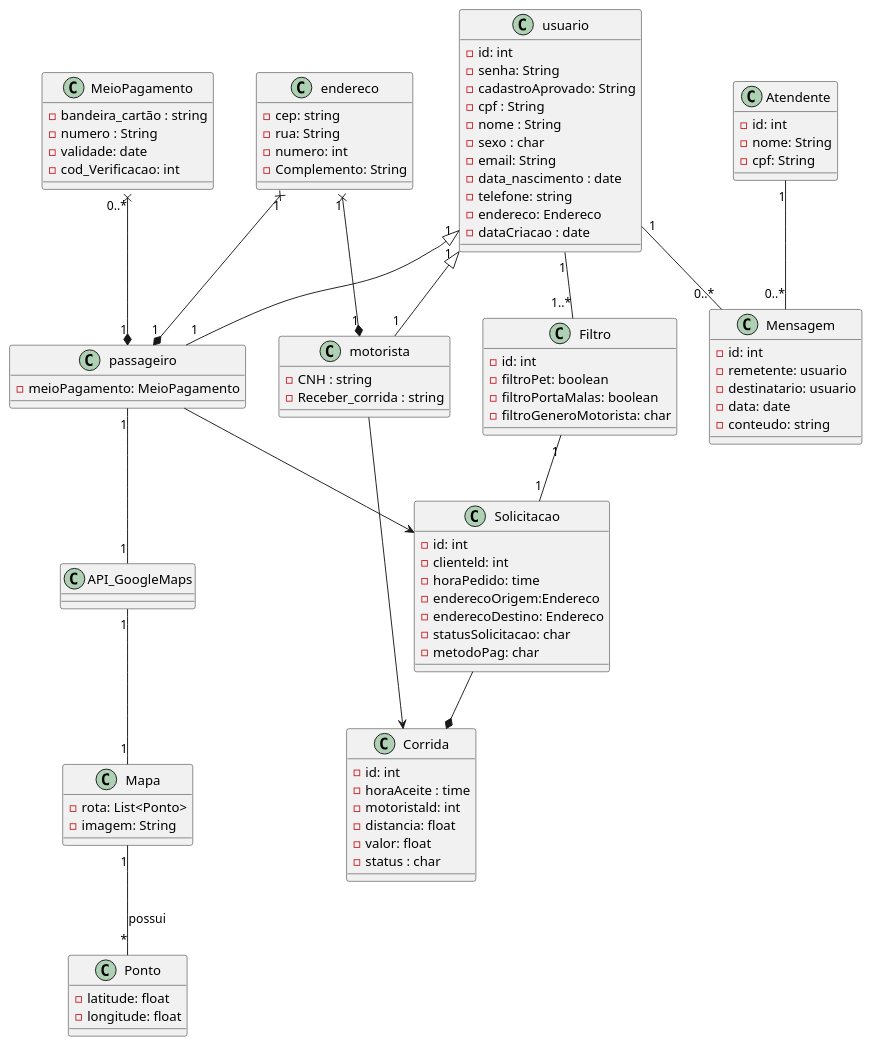
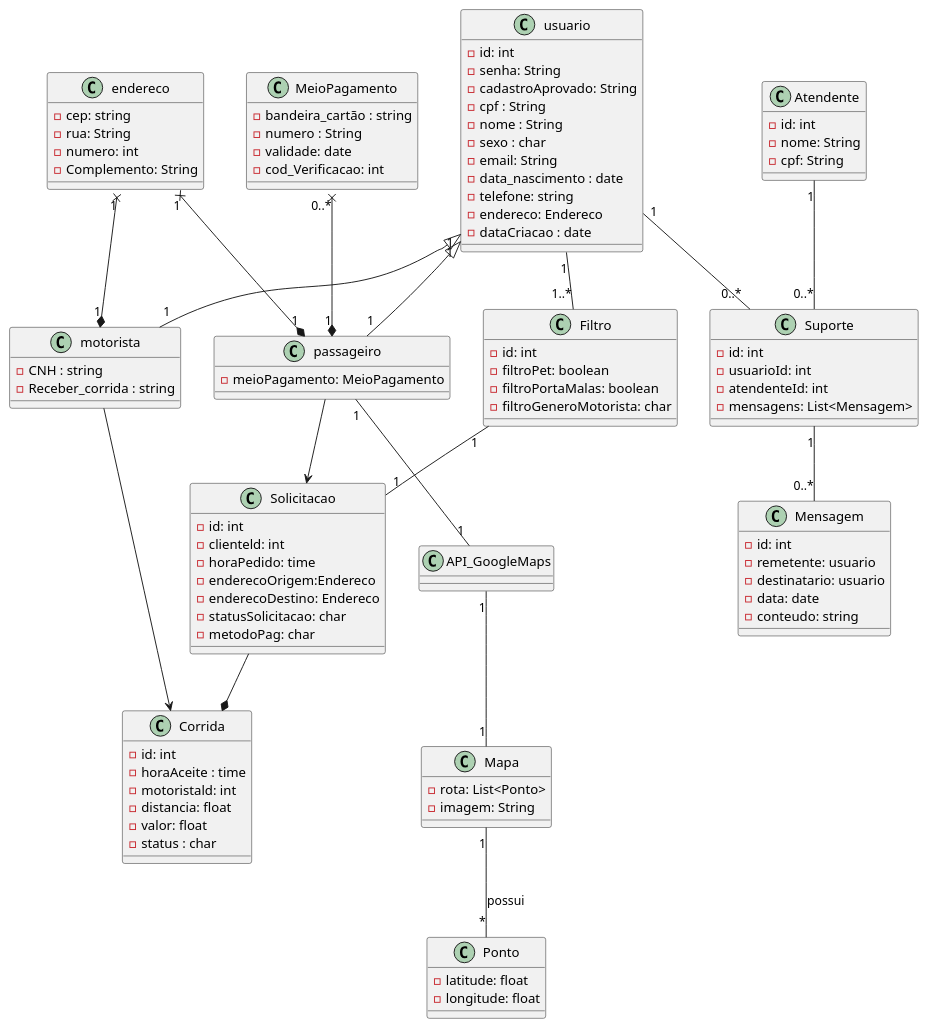
The diagram in Sprint_3/conceitual.puml (XMATHEUSX/UML), drawn with PlantUML before and after one commit.

Commit message:
fix: adicionando classe Suporte

```diff
--- a/Sprint_3/conceitual.puml
+++ b/Sprint_3/conceitual.puml
@@ -1,113 +1,121 @@
 @startuml
 class usuario {
 - id: int
 - senha: String 
 - cadastroAprovado: String
 - cpf : String
 - nome : String
 - sexo : char
 - email: String
 - data_nascimento : date
 - telefone: string
 - endereco: Endereco 
 - dataCriacao : date
 }
 class Solicitacao {
 - id: int
 - clienteld: int
 - horaPedido: time
 - enderecoOrigem:Endereco 
 - enderecoDestino: Endereco 
 - statusSolicitacao: char
 - metodoPag: char
 }
 
 class Corrida {
 - id: int
 - horaAceite : time
 - motoristald: int
 - distancia: float
 - valor: float
 - status : char
 }
 
 class motorista
 {
 - CNH : string
 - Receber_corrida : string
 }
 class passageiro
 {
 - meioPagamento: MeioPagamento
 }
 
 class endereco
 {
 - cep: string
 - rua: String
 - numero: int
 - Complemento: String
 }
 
 class MeioPagamento{
 - bandeira_cartão : string
 - numero : String
 - validade: date
 - cod_Verificacao: int
 }
 
 class API_GoogleMaps {
 }
 
 class Mapa {
 - rota: List<Ponto>
 - imagem: String
 }
 
 class Ponto {
 - latitude: float
 - longitude: float
 }
 
 class Atendente {
 - id: int
 - nome: String
 - cpf: String
 }
 
 class Mensagem {
 - id: int
 - remetente: usuario
 - destinatario: usuario
 - data: date
 - conteudo: string
 }
 
 class Filtro {
 - id: int
 - filtroPet: boolean
 - filtroPortaMalas: boolean
 - filtroGeneroMotorista: char
 }
 
+class Suporte{
+- id: int
+- usuarioId: int
+- atendenteId: int
+- mensagens: List<Mensagem>
+}
+
 passageiro "1" *-up-x "0..*" MeioPagamento
 passageiro "1" *-up-x "1" endereco
 motorista "1" *-up-x "1" endereco
 usuario "1" <|-down- "1" motorista
 usuario "1" <|-right- "1" passageiro
 
 passageiro --> Solicitacao
 motorista --> Corrida
 Solicitacao --* Corrida
 
 passageiro "1" -- "1" API_GoogleMaps
 API_GoogleMaps "1" -- "1" Mapa
 
-usuario "1" -- "0..*" Mensagem
-Atendente "1" -- "0..*" Mensagem
+usuario "1" -- "0..*" Suporte
+Atendente "1" -- "0..*" Suporte
+Suporte "1" -- "0..*" Mensagem
 
 usuario "1" -- "1..*" Filtro
 Filtro "1" -- "1" Solicitacao
 
 Mapa "1" -- "*" Ponto : possui
 @enduml
```
